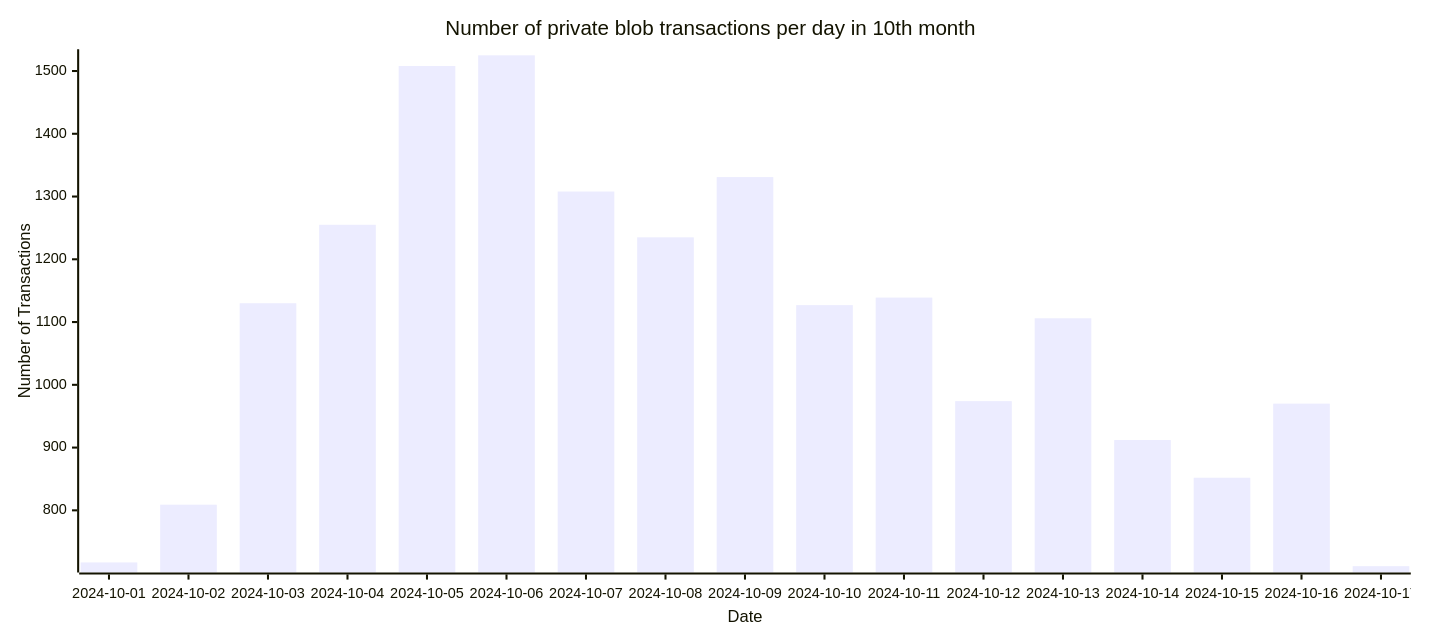
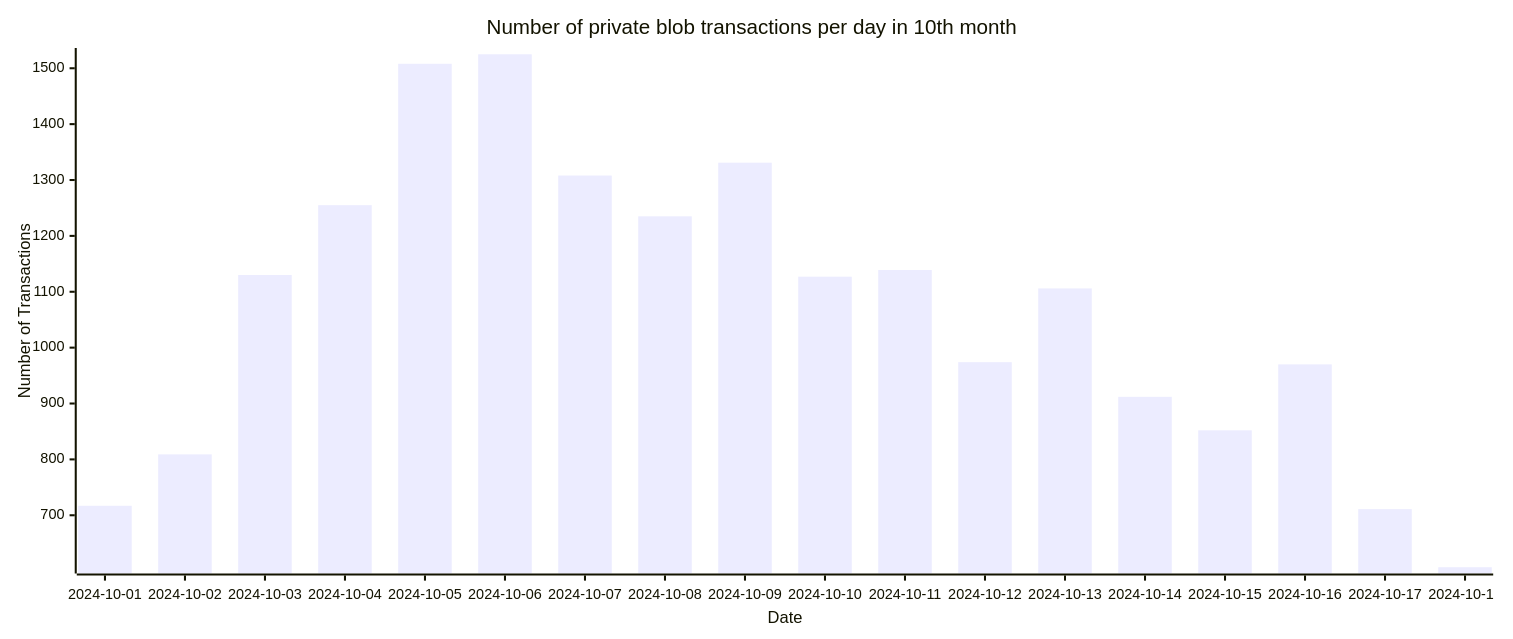
The eighth of 8 diagrams in README.md (Amit0617/eip4844-data), drawn with Mermaid before and after one commit. The commit also changed 1 other file, not shown here.

````diff
--- a/README.md
+++ b/README.md
@@ -92,12 +92,12 @@
 ```mermaid
 ---
 config:
     xyChart:
-        width: 1360
+        width: 1440
         height: 600
 ---
 xychart-beta title "Number of private blob transactions per day in 10th month"
-x-axis "Date" [2024-10-01,2024-10-02,2024-10-03,2024-10-04,2024-10-05,2024-10-06,2024-10-07,2024-10-08,2024-10-09,2024-10-10,2024-10-11,2024-10-12,2024-10-13,2024-10-14,2024-10-15,2024-10-16,2024-10-17]
+x-axis "Date" [2024-10-01,2024-10-02,2024-10-03,2024-10-04,2024-10-05,2024-10-06,2024-10-07,2024-10-08,2024-10-09,2024-10-10,2024-10-11,2024-10-12,2024-10-13,2024-10-14,2024-10-15,2024-10-16,2024-10-17,2024-10-18]
 y-axis "Number of Transactions"
-bar[717,809,1130,1255,1508,1525,1308,1235,1331,1127,1139,974,1106,912,852,970,711]
+bar[717,809,1130,1255,1508,1525,1308,1235,1331,1127,1139,974,1106,912,852,970,711,607]
 ```
````
